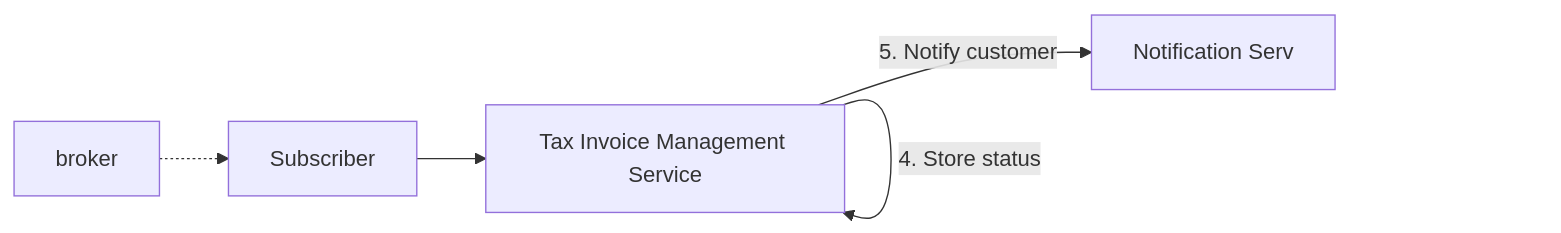
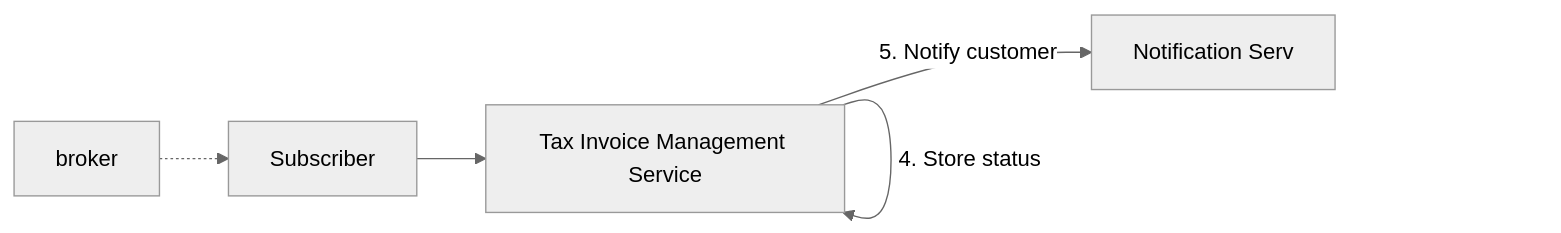
Before and after one commit to software-notebook/software-notebook.github.io: the second of 3 diagrams in docs/system-design/tax-invoice-processing-app.md, drawn with Mermaid. The commit also changed other lines of this file and 9 other files, not shown here.

````diff
--- a/docs/system-design/tax-invoice-processing-app.md
+++ b/docs/system-design/tax-invoice-processing-app.md
@@ -34,10 +35,12 @@
 ```mermaid
+%%{init: {'theme':'neutral'}}%%
 flowchart LR
     broker -.-> subscriber[Subscriber]
     subscriber -->  invoiceserv[Tax Invoice Management Service]
     invoiceserv--1. Load Invoice-->invoiceserv
     invoiceserv--2. Parse Invoice Data-->invoiceserv
     invoiceserv--3. Run Business Rules for computing the status --> invoiceserv
     invoiceserv--4. Store status --> invoiceserv
     invoiceserv-- 5. Notify customer --> Notification[Notification Serv]
+   
 ```
````
